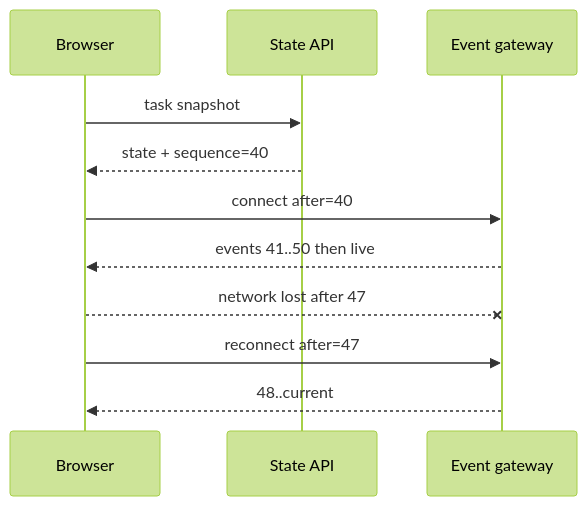
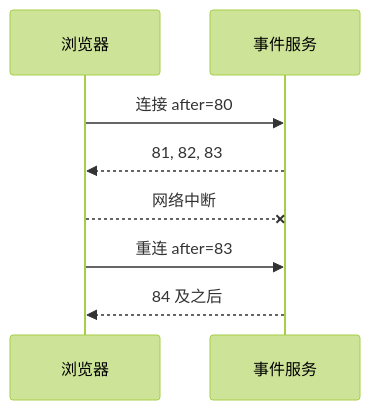
Before and after one commit to upJiang/jiang-blog-vitepress: the diagram in docs/frontend/realtime-communication.md, drawn with Mermaid (forest theme). The commit also changed other lines of this file and 164 other files, not shown here.

````diff
--- a/docs/frontend/realtime-communication.md
+++ b/docs/frontend/realtime-communication.md
@@ -120,13 +26,10 @@
 ```mermaid
 sequenceDiagram
-  participant C as Browser
-  participant A as State API
-  participant G as Event gateway
-  C->>A: task snapshot
-  A-->>C: state + sequence=40
-  C->>G: connect after=40
-  G-->>C: events 41..50 then live
-  C--xG: network lost after 47
-  C->>G: reconnect after=47
-  G-->>C: 48..current
+  participant B as 浏览器
+  participant S as 事件服务
+  B->>S: 连接 after=80
+  S-->>B: 81, 82, 83
+  B--xS: 网络中断
+  B->>S: 重连 after=83
+  S-->>B: 84 及之后
 ```
````
